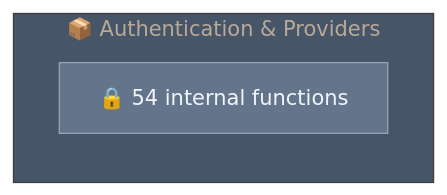
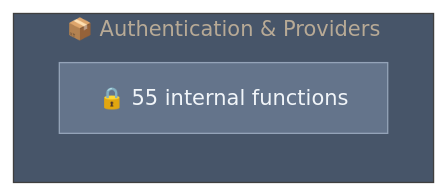
The diagram in .mikk/diagrams/capsules/mesh-packages-ai-context.mmd (Ansh-dhanani/mikk), drawn with Mermaid before and after one commit. The commit also changed 62 other files, not shown here.

Commit message:
feat: implement core contract generation, caching, and security scanning infrastructure with supporting test fixtures and diagrams

```diff
--- a/.mikk/diagrams/capsules/mesh-packages-ai-context.mmd
+++ b/.mikk/diagrams/capsules/mesh-packages-ai-context.mmd
@@ -1,12 +1,12 @@
 %%{init: {"theme": "base", "themeVariables": {"primaryColor": "#1e293b", "primaryTextColor": "#e2e8f0", "lineColor": "#64748b", "secondaryColor": "#334155", "tertiaryColor": "#475569", "background": "#0f172a", "mainBkg": "#1e293b", "nodeBorder": "#475569"}}}%%
 graph LR
 
     subgraph mesh_packages_ai_context["📦 Authentication & Providers"]
         direction TB
-        internal["🔒 54 internal functions"]
+        internal["🔒 55 internal functions"]
     end
 
 
     classDef publicApi fill:#22c55e,stroke:#4ade80,color:#f0fdf4
     classDef internalApi fill:#64748b,stroke:#94a3b8,color:#f1f5f9
     class internal internalApi
```
